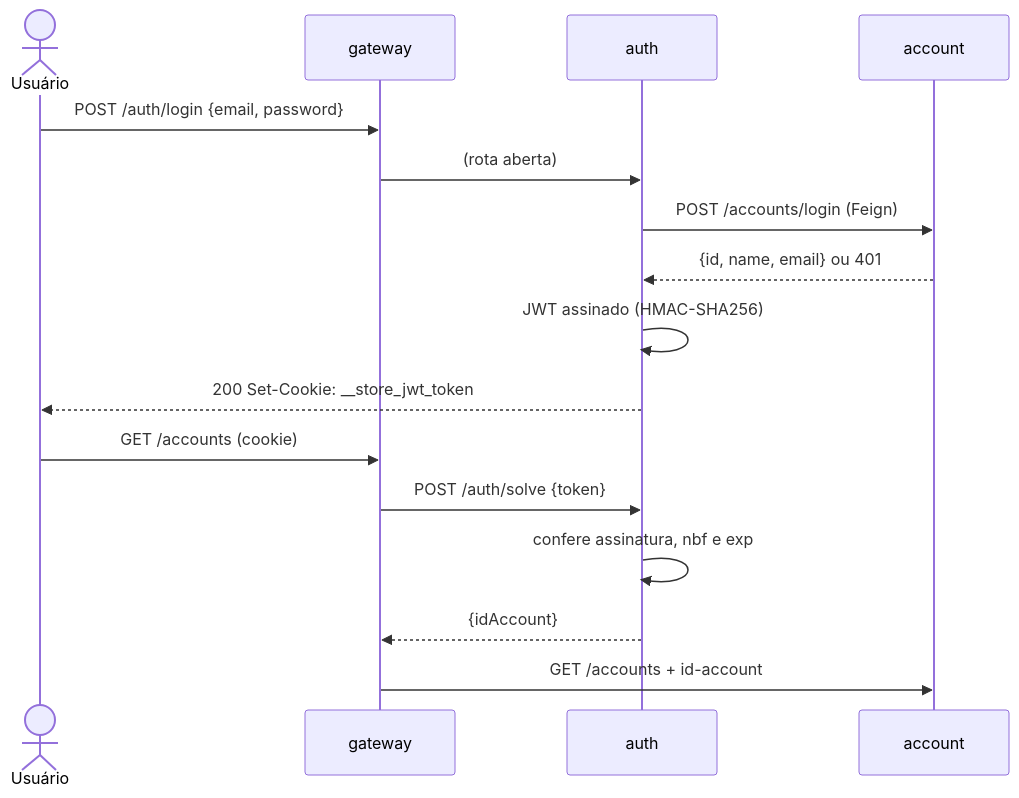
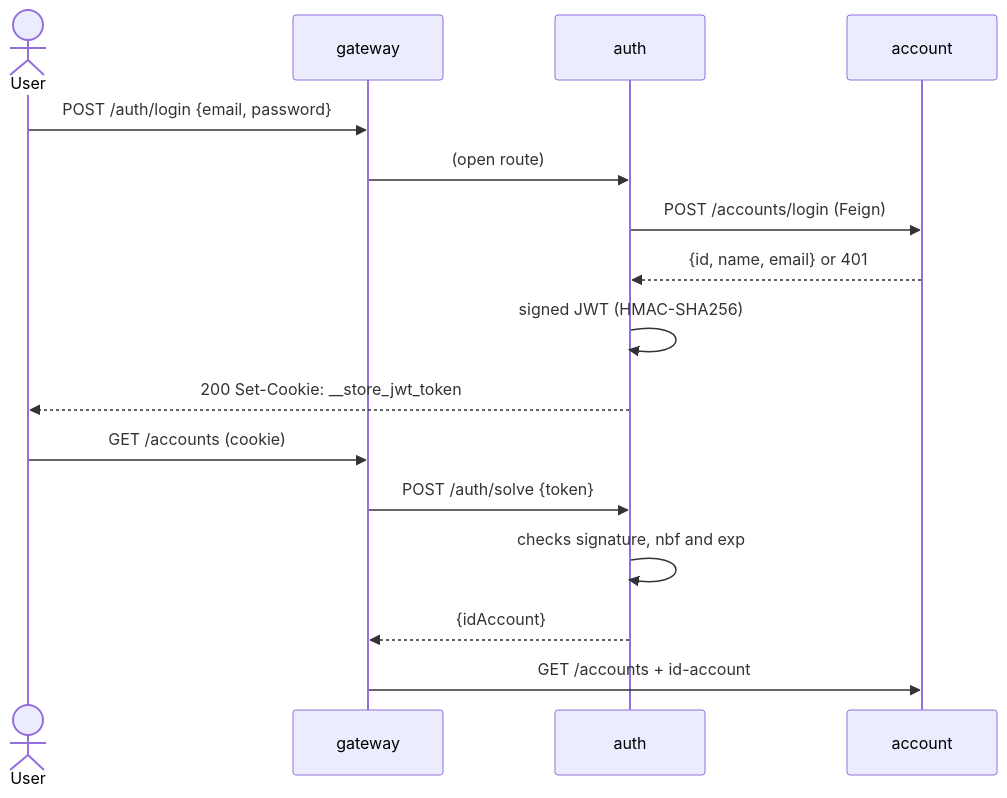
The diagram in docs/servicos/auth.md (pna26/platform), drawn with Mermaid before and after one commit. The commit also changed other lines of this file and 55 other files, not shown here.

````diff
--- a/docs/servicos/auth.md
+++ b/docs/servicos/auth.md
@@ -42,18 +42,18 @@
 ``` mermaid
 sequenceDiagram
-    actor U as Usuário
+    actor U as User
     participant G as gateway
     participant A as auth
     participant C as account
     U->>G: POST /auth/login {email, password}
-    G->>A: (rota aberta)
+    G->>A: (open route)
     A->>C: POST /accounts/login (Feign)
-    C-->>A: {id, name, email} ou 401
-    A->>A: JWT assinado (HMAC-SHA256)
+    C-->>A: {id, name, email} or 401
+    A->>A: signed JWT (HMAC-SHA256)
     A-->>U: 200 Set-Cookie: __store_jwt_token
     U->>G: GET /accounts (cookie)
     G->>A: POST /auth/solve {token}
-    A->>A: confere assinatura, nbf e exp
+    A->>A: checks signature, nbf and exp
     A-->>G: {idAccount}
     G->>C: GET /accounts + id-account
 ```
````
